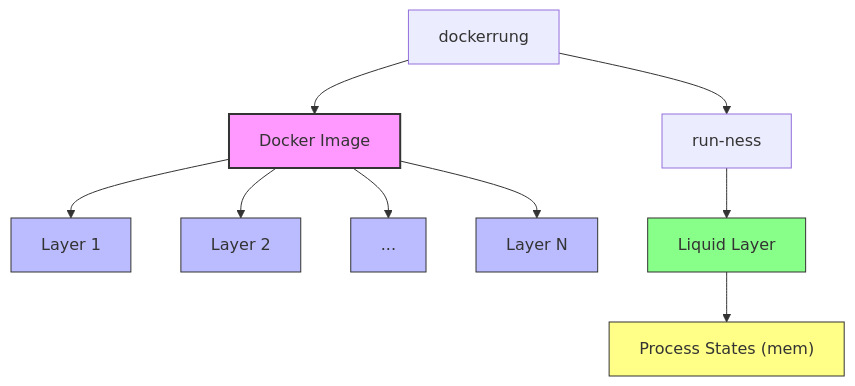
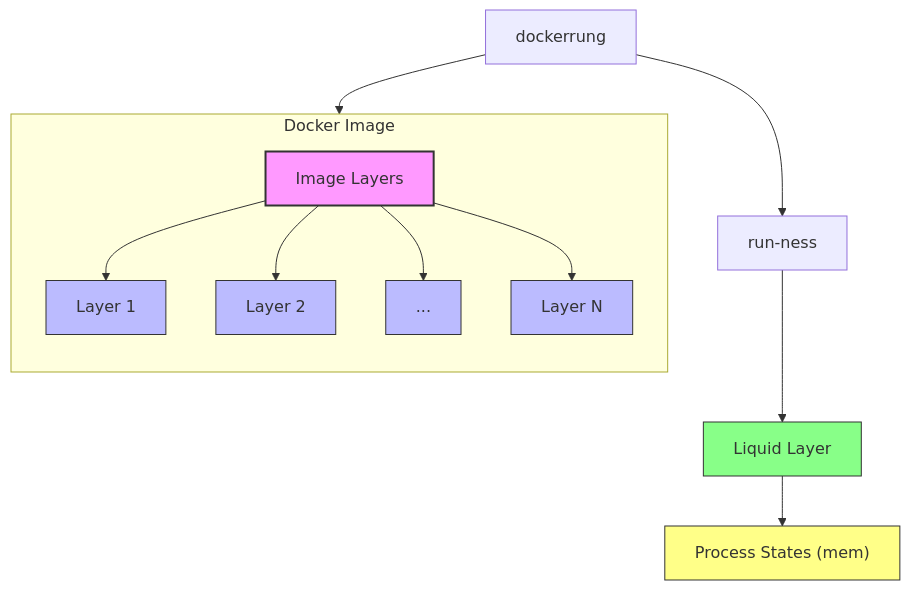
Before and after one commit to sohale/cs-glossaries: the diagram in devops/docker/docker.md, drawn with Mermaid.

````diff
--- a/devops/docker/docker.md
+++ b/devops/docker/docker.md
@@ -142,32 +142,35 @@
 ```mermaid
 
 graph TD
     T[dockerrung]
-    A[Docker Image]
+    A[Image Layers]
 
     T --> A
 
-    A --> B[Layer 1]
-    A --> C[Layer 2]
-    A --> D[...]
-    A --> E[Layer N]
+    subgraph "Docker Image"
+        direction TB
+        A --> B[Layer 1]
+        A --> C[Layer 2]
+        A --> D[...]
+        A --> E[Layer N]
+    end
 
     %%  container ness 
     T --> F["run-ness"]
     F --> G[Liquid Layer]
     G --> H["Process States (mem)"]
 
     classDef image fill:#f9f,stroke:#333,stroke-width:2px;
     classDef layer fill:#bbf,stroke:#333,stroke-width:1px;
     classDef container fill:#8f8,stroke:#333,stroke-width:1px;
     classDef process fill:#ff8,stroke:#333,stroke-width:1px;
 
     class A image;
     class B,C,D,E layer;
     class G container;
     class H process;
 
 
 
 
 ```
````
